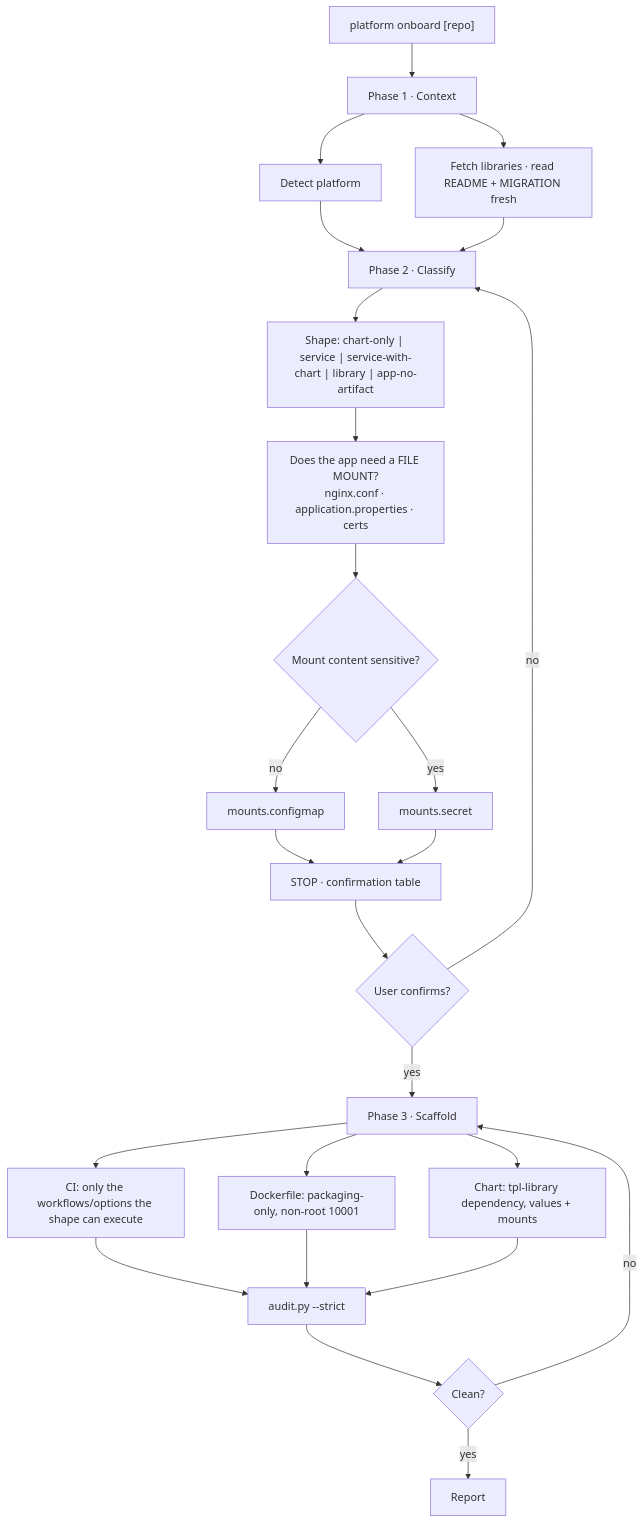
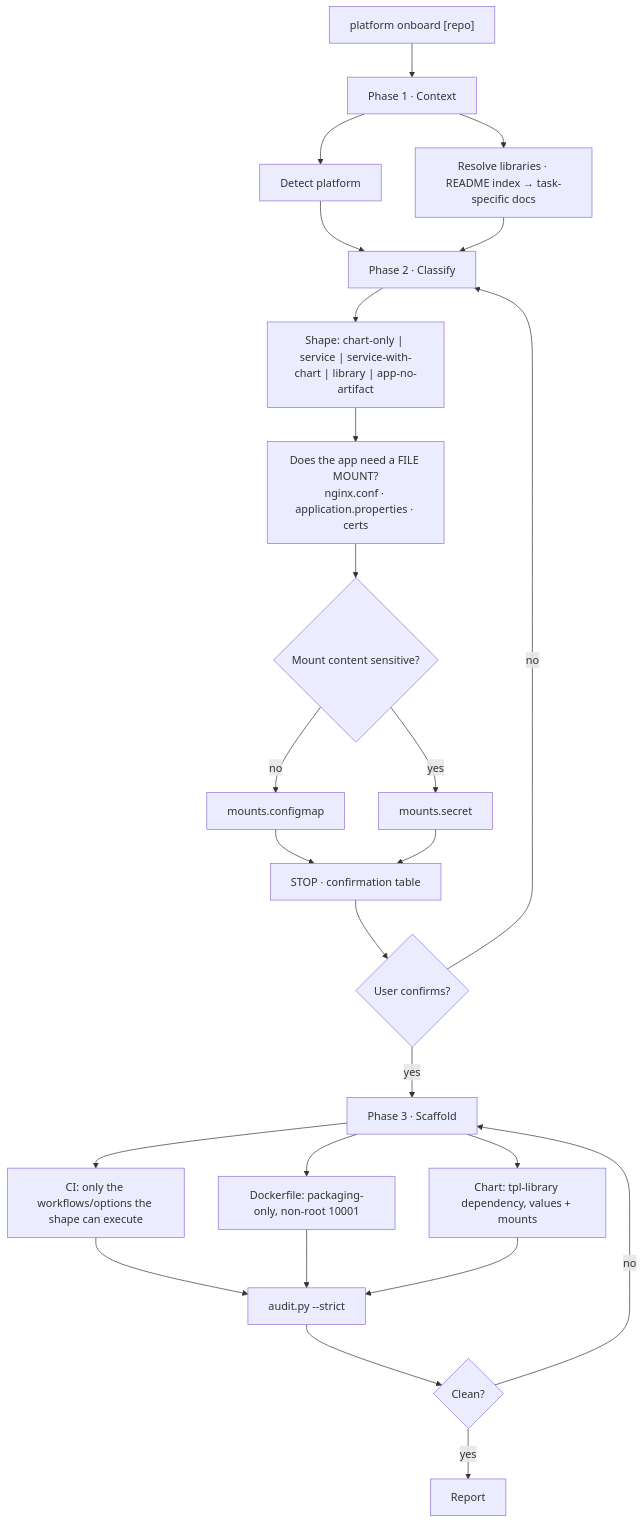
The second of 2 diagrams in platform-builder/README.md (grootan-devops/ai-skills), drawn with Mermaid before and after one commit. The commit also changed other lines of this file and 67 other files, not shown here.

````diff
--- a/platform-builder/README.md
+++ b/platform-builder/README.md
@@ -178,30 +181,30 @@
 ```mermaid
 flowchart TD
     A["platform onboard [repo]"] --> B["Phase 1 · Context"]
     B --> B1["Detect platform"]
-    B --> B2["Fetch libraries · read README + MIGRATION fresh"]
+    B --> B2["Resolve libraries · README index → task-specific docs"]
 
     B1 --> C["Phase 2 · Classify"]
     B2 --> C
     C --> C1["Shape: chart-only | service | service-with-chart | library | app-no-artifact"]
     C1 --> C2["Does the app need a FILE MOUNT?<br/>nginx.conf · application.properties · certs"]
     C2 --> C3{"Mount content sensitive?"}
     C3 -- no --> C4["mounts.configmap"]
     C3 -- yes --> C5["mounts.secret"]
 
     C4 --> D["STOP · confirmation table"]
     C5 --> D
     D --> E{"User confirms?"}
     E -- no --> C
     E -- yes --> F["Phase 3 · Scaffold"]
 
     F --> F1["CI: only the workflows/options the shape can execute"]
     F --> F2["Dockerfile: packaging-only, non-root 10001"]
     F --> F3["Chart: tpl-library dependency, values + mounts"]
     F1 --> G["audit.py --strict"]
     F2 --> G
     F3 --> G
     G --> H{"Clean?"}
     H -- no --> F
     H -- yes --> I["Report"]
 ```
````
